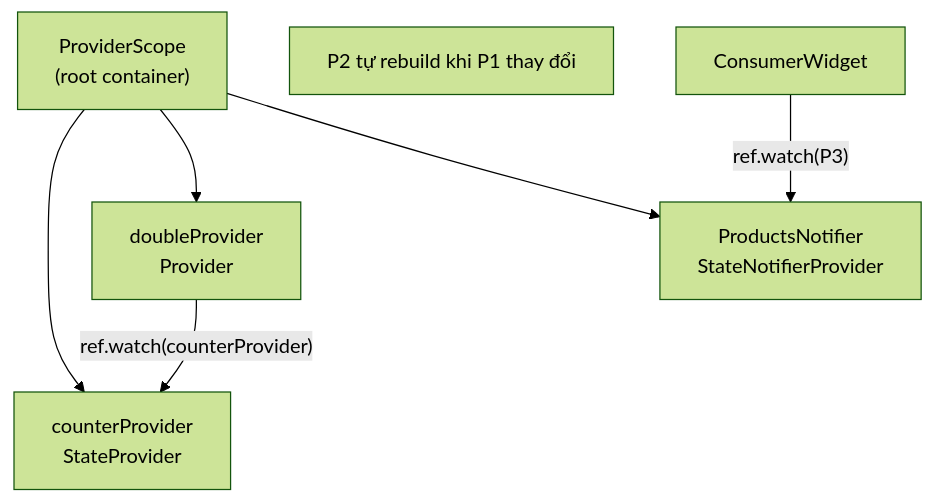
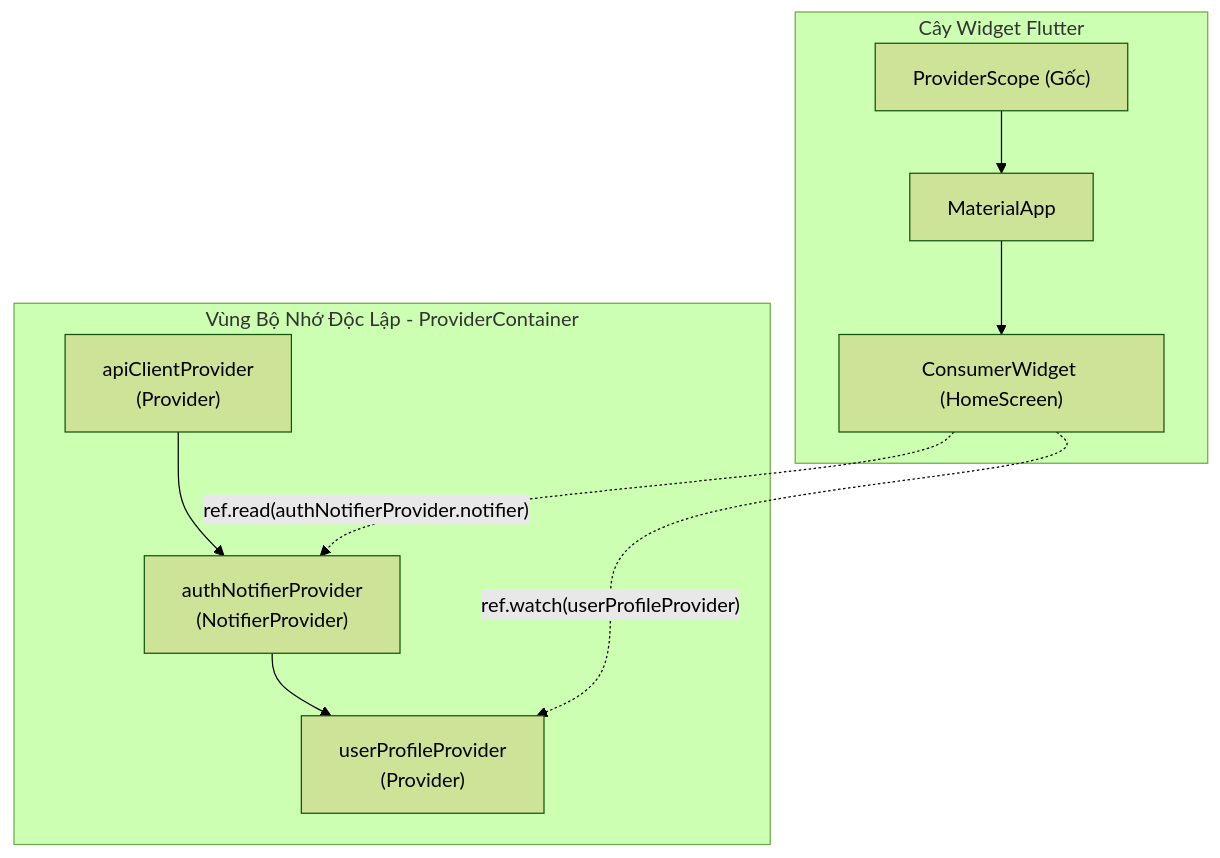
One commit to tr4n/learn-flutter changed the diagram in flutter-intermediate/03-riverpod-modern/01-provider-scope-consumer-widget.md. Above: the diagram before and after it, drawn with Mermaid (forest theme). The commit also changed other lines of this file and 9 other files, not shown here.

````diff
--- a/flutter-intermediate/03-riverpod-modern/01-provider-scope-consumer-widget.md
+++ b/flutter-intermediate/03-riverpod-modern/01-provider-scope-consumer-widget.md
@@ -35,17 +75,23 @@
 ```mermaid
 flowchart TD
-    PS["ProviderScope\n(root container)"]
-    P1["counterProvider\nStateProvider<int>"]
-    P2["doubleProvider\nProvider<int>"]
-    P3["ProductsNotifier\nStateNotifierProvider"]
+    subgraph ProviderContainer [Vùng Bộ Nhớ Độc Lập - ProviderContainer]
+        API["apiClientProvider\n(Provider<ApiClient>)"]
+        AUTH["authNotifierProvider\n(NotifierProvider<AuthNotifier, AuthState>)"]
+        USER["userProfileProvider\n(Provider<UserProfile>)"]
 
-    PS --> P1
-    PS --> P2
-    PS --> P3
+        API --> AUTH
+        AUTH --> USER
+    end
 
-    P2 -->|"ref.watch(counterProvider)"| P1
-    Note1["P2 tự rebuild khi P1 thay đổi"]
+    subgraph WidgetTree [Cây Widget Flutter]
+        PS["ProviderScope (Gốc)"]
+        APP["MaterialApp"]
+        CW["ConsumerWidget (HomeScreen)"]
 
-    CW["ConsumerWidget"]
-    CW -->|"ref.watch(P3)"| P3
+        PS --> APP
+        APP --> CW
+    end
+
+    CW -. "ref.watch(userProfileProvider)" .-> USER
+    CW -. "ref.read(authNotifierProvider.notifier)" .-> AUTH
 ```
````
